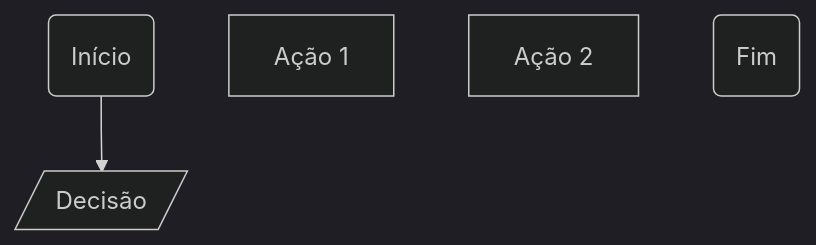
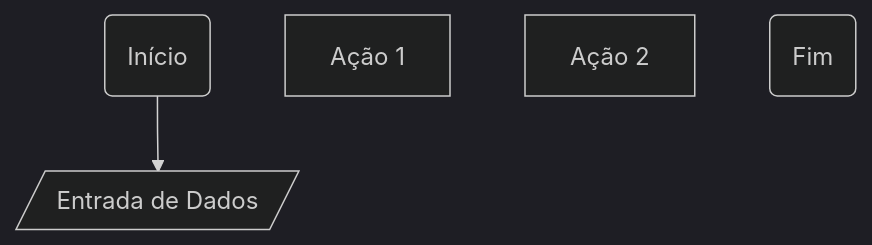
The diagram in Notas de Aula.md (AmilcarJZN/logica_dio), drawn with Mermaid (dark theme) before and after one commit. The commit also changed other lines of this file, not shown here.

````diff
--- a/Notas de Aula.md
+++ b/Notas de Aula.md
@@ -15,10 +16,10 @@
 ```mermaid
 graph TD;
     A(Início);
-    B[/Decisão/];
+    B[/Entrada de Dados/];
     C[Ação 1];
     D[Ação 2];
     E(Fim);
 A-->B;
 
 ```
````
